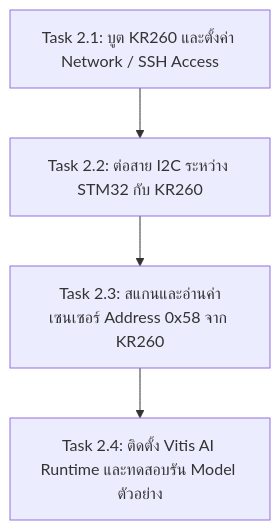
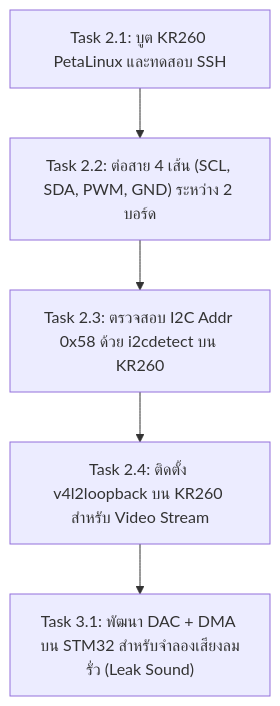
Before and after one commit to riwrivvriw/kria260-stm32-hil-cicd: the diagram in PROJECT_PLAN.md, drawn with Mermaid. The commit also changed other lines of this file and 6 other files, not shown here.

````diff
--- a/PROJECT_PLAN.md
+++ b/PROJECT_PLAN.md
@@ -87,9 +116,10 @@
 ```mermaid
 flowchart TD
-    T1["Task 2.1: บูต KR260 และตั้งค่า Network / SSH Access"]
-    T2["Task 2.2: ต่อสาย I2C ระหว่าง STM32 กับ KR260"]
-    T3["Task 2.3: สแกนและอ่านค่าเซนเซอร์ Address 0x58 จาก KR260"]
-    T4["Task 2.4: ติดตั้ง Vitis AI Runtime และทดสอบรัน Model ตัวอย่าง"]
+    T1["Task 2.1: บูต KR260 PetaLinux และทดสอบ SSH"]
+    T2["Task 2.2: ต่อสาย 4 เส้น (SCL, SDA, PWM, GND) ระหว่าง 2 บอร์ด"]
+    T3["Task 2.3: ตรวจสอบ I2C Addr 0x58 ด้วย i2cdetect บน KR260"]
+    T4["Task 2.4: ติดตั้ง v4l2loopback บน KR260 สำหรับ Video Stream"]
+    T5["Task 3.1: พัฒนา DAC + DMA บน STM32 สำหรับจำลองเสียงลมรั่ว (Leak Sound)"]
 
-    T1 --> T2 --> T3 --> T4
+    T1 --> T2 --> T3 --> T4 --> T5
 ```
````
